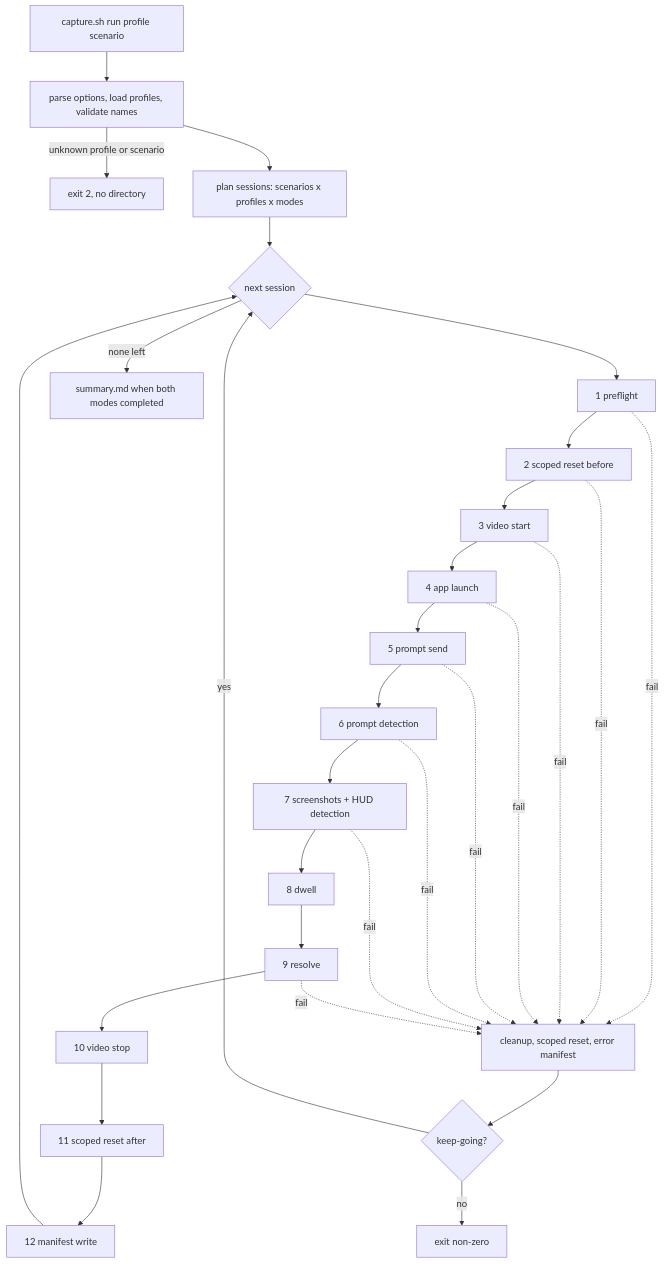
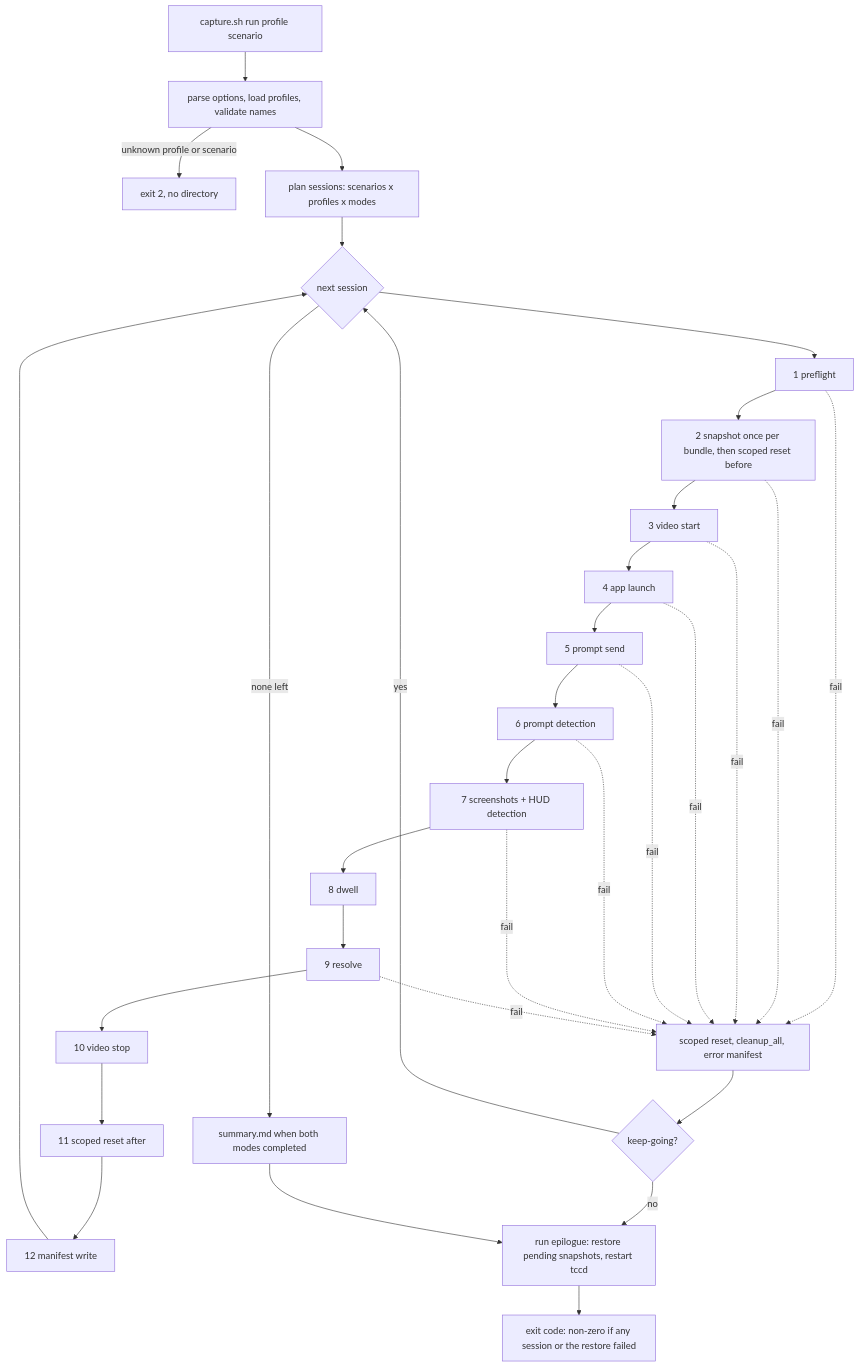
Before and after one commit to iolaire/TheGatekeepersWard: the diagram in .kiro/specs/permission-capture-framework/design.md, drawn with Mermaid. The commit also changed other lines of this file and 114 other files, not shown here.

````diff
--- a/.kiro/specs/permission-capture-framework/design.md
+++ b/.kiro/specs/permission-capture-framework/design.md
@@ -86,32 +99,34 @@
 ```mermaid
 flowchart TD
     A[capture.sh run profile scenario] --> B[parse options, load profiles, validate names]
     B -->|unknown profile or scenario| X[exit 2, no directory]
     B --> C[plan sessions: scenarios x profiles x modes]
     C --> D{next session}
     D --> E[1 preflight]
-    E --> F[2 scoped reset before]
+    E --> F[2 snapshot once per bundle, then scoped reset before]
     F --> G[3 video start]
     G --> H[4 app launch]
     H --> I[5 prompt send]
     I --> J[6 prompt detection]
     J --> K[7 screenshots + HUD detection]
     K --> L[8 dwell]
     L --> M[9 resolve]
     M --> N[10 video stop]
     N --> O[11 scoped reset after]
     O --> P[12 manifest write]
     P --> D
     E -.fail.-> Q
     F -.fail.-> Q
     G -.fail.-> Q
     H -.fail.-> Q
     I -.fail.-> Q
     J -.fail.-> Q
     K -.fail.-> Q
     M -.fail.-> Q
-    Q[cleanup, scoped reset, error manifest] --> R{keep-going?}
+    Q[scoped reset, cleanup_all, error manifest] --> R{keep-going?}
     R -->|yes| D
-    R -->|no| Z[exit non-zero]
+    R -->|no| T
     D -->|none left| S[summary.md when both modes completed]
+    S --> T[run epilogue: restore pending snapshots, restart tccd]
+    T --> Z[exit code: non-zero if any session or the restore failed]
 ```
````
